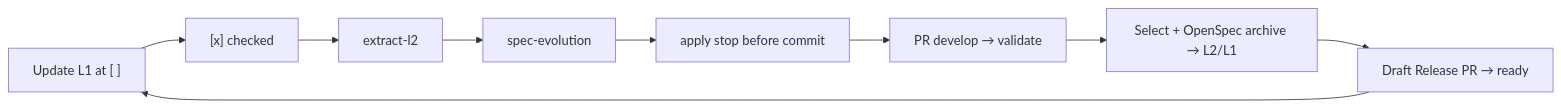
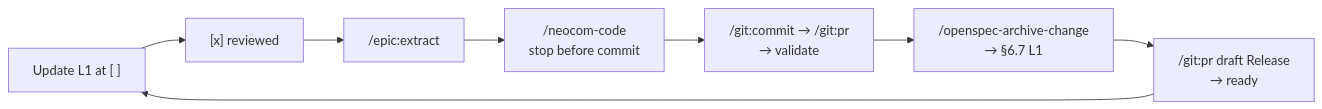
The ninth of 9 diagrams in .dsh/METHODOLOGY.md (AdamAntinoo/neocom-meta), drawn with Mermaid before and after one commit. The commit also changed other lines of this file and 261 other files, not shown here.

First line of the commit message:
feat(meta): drop L2 and register epic-extract plus front-domain-nodes

````diff
--- a/.dsh/METHODOLOGY.md
+++ b/.dsh/METHODOLOGY.md
@@ -596,11 +545,10 @@
 ```mermaid
 flowchart LR
-  L1u["Update L1 at [ ]"] --> R["[x] checked"]
-  R --> E[extract-l2]
-  E --> S[spec-evolution]
-  S --> A["apply stop before commit"]
-  A --> P["PR develop → validate"]
-  P --> Arch["Select + OpenSpec archive → L2/L1"]
-  Arch --> Rel["Draft Release PR → ready"]
+  L1u["Update L1 at [ ]"] --> R["[x] reviewed"]
+  R --> E["/epic:extract"]
+  E --> A["/neocom-code<br/>stop before commit"]
+  A --> P["/git:commit → /git:pr<br/>→ validate"]
+  P --> Arch["/openspec-archive-change<br/>→ §6.7 L1"]
+  Arch --> Rel["/git:pr draft Release<br/>→ ready"]
   Rel --> L1u
 ```
````
